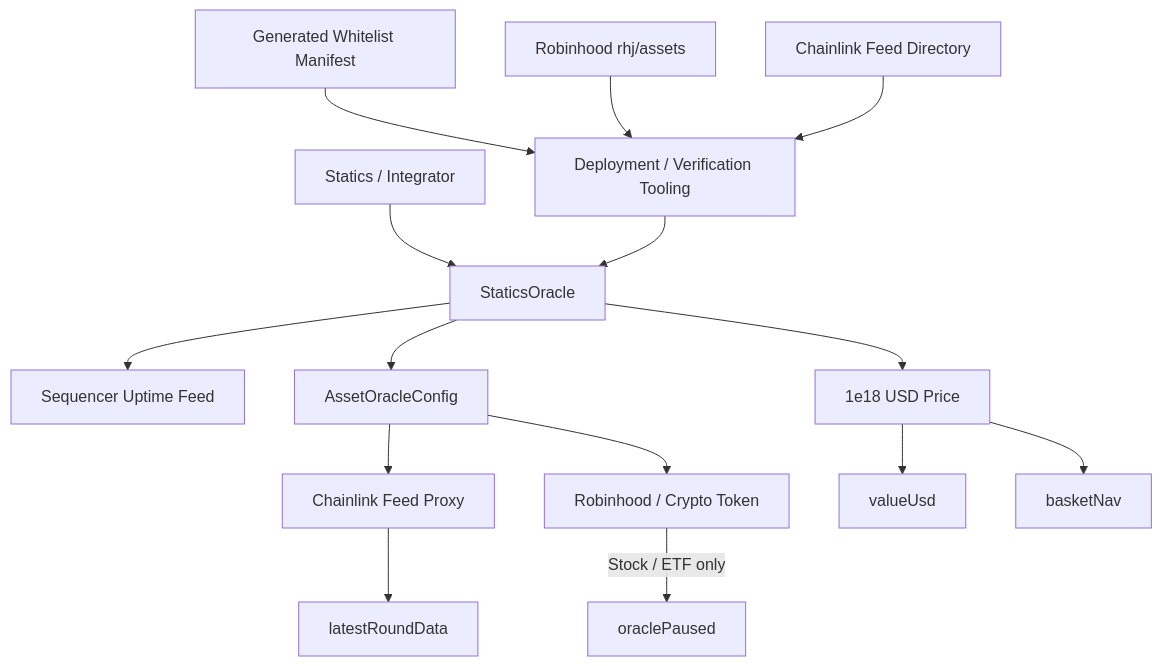
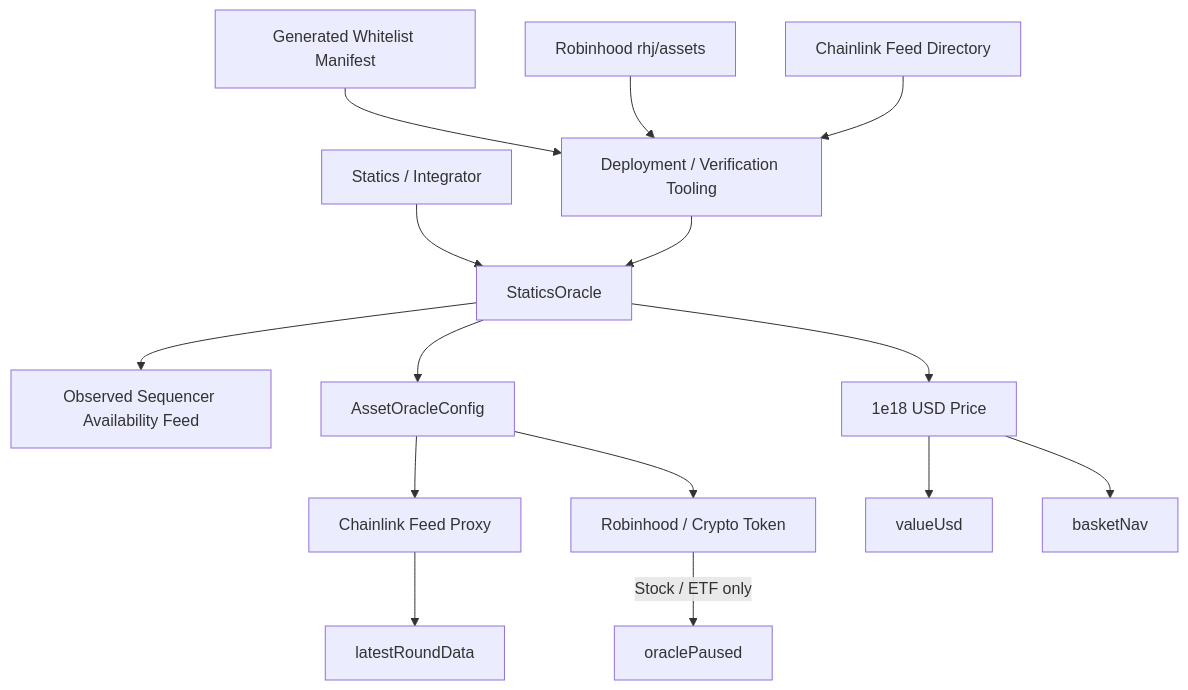
Before and after one commit to EqualFiLabs/statics-oracle: the first of 4 diagrams in specs/design.md, drawn with Mermaid. The commit also changed other lines of this file and 21 other files, not shown here.

Commit message:
feat: add multi-node sequencer signal services

````diff
--- a/specs/design.md
+++ b/specs/design.md
@@ -144,22 +144,22 @@
 ```mermaid
 flowchart TD
     A[Statics / Integrator] --> O[StaticsOracle]
 
-    O --> S[Sequencer Uptime Feed]
+    O --> S[Observed Sequencer Availability Feed]
     O --> C[AssetOracleConfig]
 
     C --> F[Chainlink Feed Proxy]
     C --> T[Robinhood / Crypto Token]
 
     F --> P[latestRoundData]
     T -->|Stock / ETF only| OP[oraclePaused]
 
     O --> N[1e18 USD Price]
     N --> V[valueUsd]
     N --> B[basketNav]
 
     M[Generated Whitelist Manifest] --> D[Deployment / Verification Tooling]
     R[Robinhood rhj/assets] --> D
     CL[Chainlink Feed Directory] --> D
     D --> O
 ```
````
